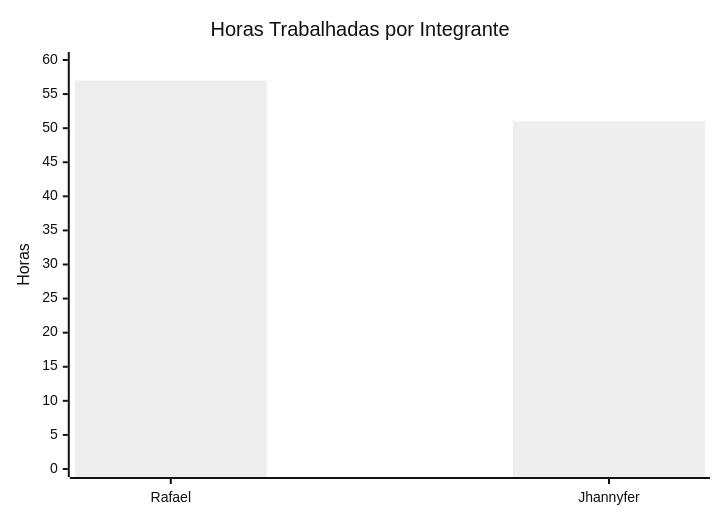
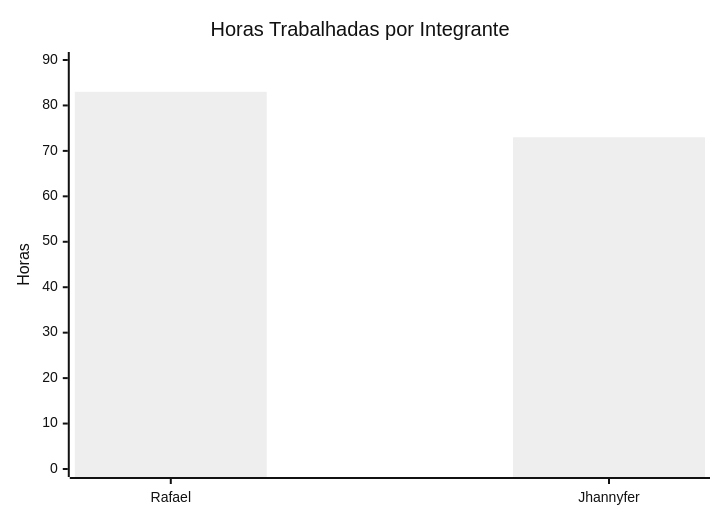
One commit to RafaelTeixeira1/padraocerto changed the third of 14 diagrams in docs/metricas/GRAFICOS_GITHUB.md. Above: the diagram before and after it, drawn with Mermaid (neutral theme). The commit also changed other lines of this file and 4 other files, not shown here.

````diff
--- a/docs/metricas/GRAFICOS_GITHUB.md
+++ b/docs/metricas/GRAFICOS_GITHUB.md
@@ -232,7 +233,7 @@
 ```mermaid
 xychart-beta
   title "Horas Trabalhadas por Integrante"
   x-axis ["Rafael", "Jhannyfer"]
-  y-axis "Horas" 0 --> 60
-  bar [57, 51]
+  y-axis "Horas" 0 --> 90
+  bar [83, 73]
 ```
````
